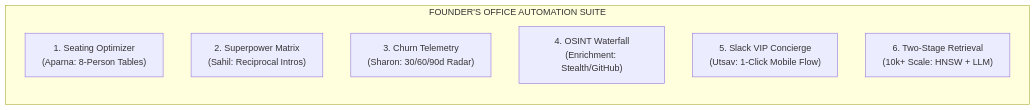
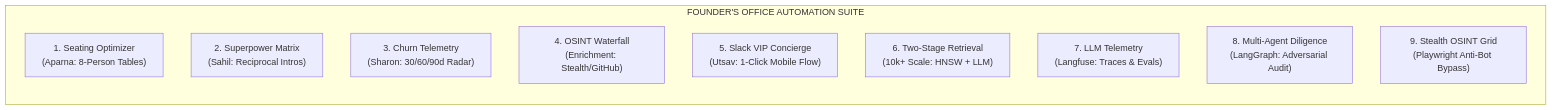
The second of 2 diagrams in ARCHITECTURE.md (bhaktofmahakal/offline-os), drawn with Mermaid before and after one commit. The commit also changed other lines of this file and 3 other files, not shown here.

Commit message:
docs: standardize Gemini 3.6 Flash and roadmap Langfuse, LangGraph, and Anti-Bot blueprints

````diff
--- a/ARCHITECTURE.md
+++ b/ARCHITECTURE.md
@@ -224,11 +224,14 @@
 ```mermaid
 flowchart LR
     subgraph EXPANSION["FOUNDER'S OFFICE AUTOMATION SUITE"]
         B1["1. Seating Optimizer\n(Aparna: 8-Person Tables)"]
         B2["2. Superpower Matrix\n(Sahil: Reciprocal Intros)"]
         B3["3. Churn Telemetry\n(Sharon: 30/60/90d Radar)"]
         B4["4. OSINT Waterfall\n(Enrichment: Stealth/GitHub)"]
         B5["5. Slack VIP Concierge\n(Utsav: 1-Click Mobile Flow)"]
         B6["6. Two-Stage Retrieval\n(10k+ Scale: HNSW + LLM)"]
+        B7["7. LLM Telemetry\n(Langfuse: Traces & Evals)"]
+        B8["8. Multi-Agent Diligence\n(LangGraph: Adversarial Audit)"]
+        B9["9. Stealth OSINT Grid\n(Playwright Anti-Bot Bypass)"]
     end
 ```
````
